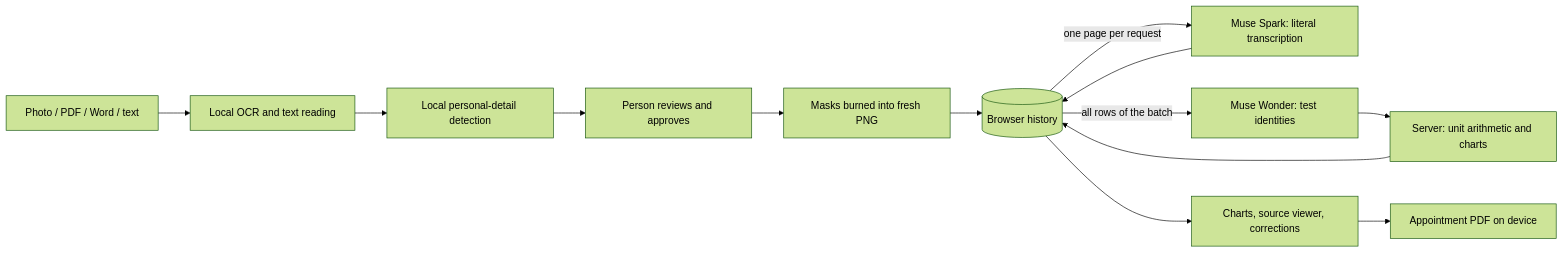
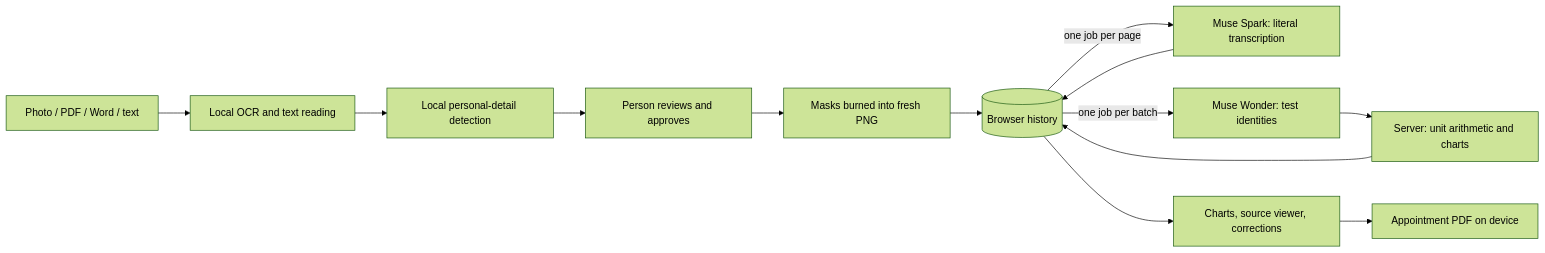
Before and after one commit to Caranea/carryover-labs: the diagram in docs/architecture.md, drawn with Mermaid (forest theme). The commit also changed other lines of this file and 35 other files, not shown here.

````diff
--- a/docs/architecture.md
+++ b/docs/architecture.md
@@ -5,15 +5,15 @@
 ```mermaid
 flowchart LR
   F[Photo / PDF / Word / text] --> O[Local OCR and text reading]
   O --> P[Local personal-detail detection]
   P --> R[Person reviews and approves]
   R --> B[Masks burned into fresh PNG]
   B --> H[(Browser history)]
-  H -- one page per request --> S[Muse Spark: literal transcription]
+  H -- one job per page --> S[Muse Spark: literal transcription]
   S --> H
-  H -- all rows of the batch --> W[Muse Wonder: test identities]
+  H -- one job per batch --> W[Muse Wonder: test identities]
   W --> D[Server: unit arithmetic and charts]
   D --> H
   H --> C[Charts, source viewer, corrections]
   C --> A[Appointment PDF on device]
 ```
````
